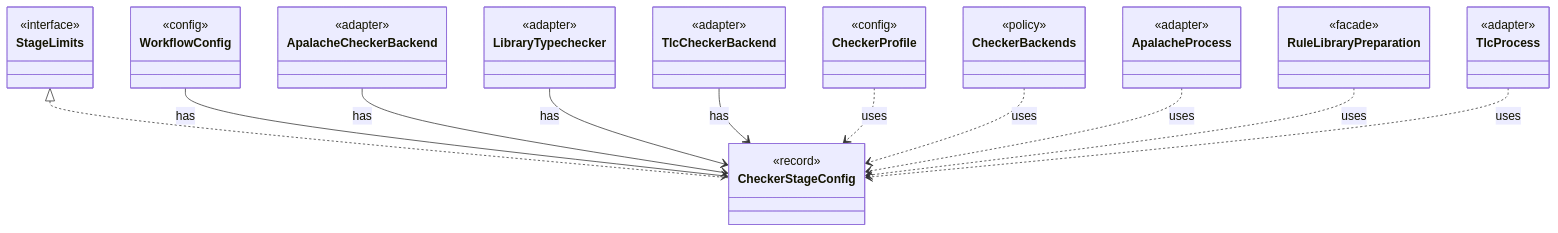
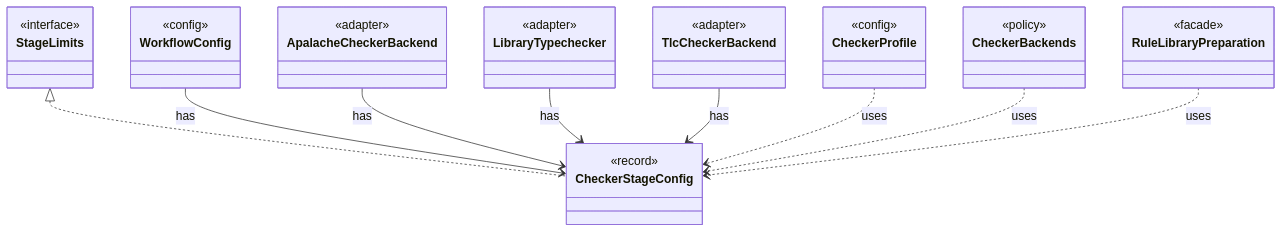
One commit to tlaplus/model-checker-hardening changed the diagram in dev/types/io.github.tlaplus.hardening.config.CheckerStageConfig.md. Above: the diagram before and after it, drawn with Mermaid. The commit also changed other lines of this file and 408 other files, not shown here.

````diff
--- a/dev/types/io.github.tlaplus.hardening.config.CheckerStageConfig.md
+++ b/dev/types/io.github.tlaplus.hardening.config.CheckerStageConfig.md
@@ -7,46 +7,38 @@
 ```mermaid
 classDiagram
   class CheckerStageConfig {
     <<record>>
   }
   class StageLimits {
     <<interface>>
   }
   class WorkflowConfig {
     <<config>>
   }
   class ApalacheCheckerBackend {
     <<adapter>>
   }
   class LibraryTypechecker {
     <<adapter>>
   }
   class TlcCheckerBackend {
     <<adapter>>
   }
   class CheckerProfile {
     <<config>>
   }
   class CheckerBackends {
     <<policy>>
   }
-  class ApalacheProcess {
-    <<adapter>>
-  }
   class RuleLibraryPreparation {
     <<facade>>
-  }
-  class TlcProcess {
-    <<adapter>>
   }
   StageLimits <|.. CheckerStageConfig
   WorkflowConfig --> CheckerStageConfig : has
   ApalacheCheckerBackend --> CheckerStageConfig : has
   LibraryTypechecker --> CheckerStageConfig : has
   TlcCheckerBackend --> CheckerStageConfig : has
   CheckerProfile ..> CheckerStageConfig : uses
   CheckerBackends ..> CheckerStageConfig : uses
-  ApalacheProcess ..> CheckerStageConfig : uses
   RuleLibraryPreparation ..> CheckerStageConfig : uses
-  TlcProcess ..> CheckerStageConfig : uses
 ```
````
